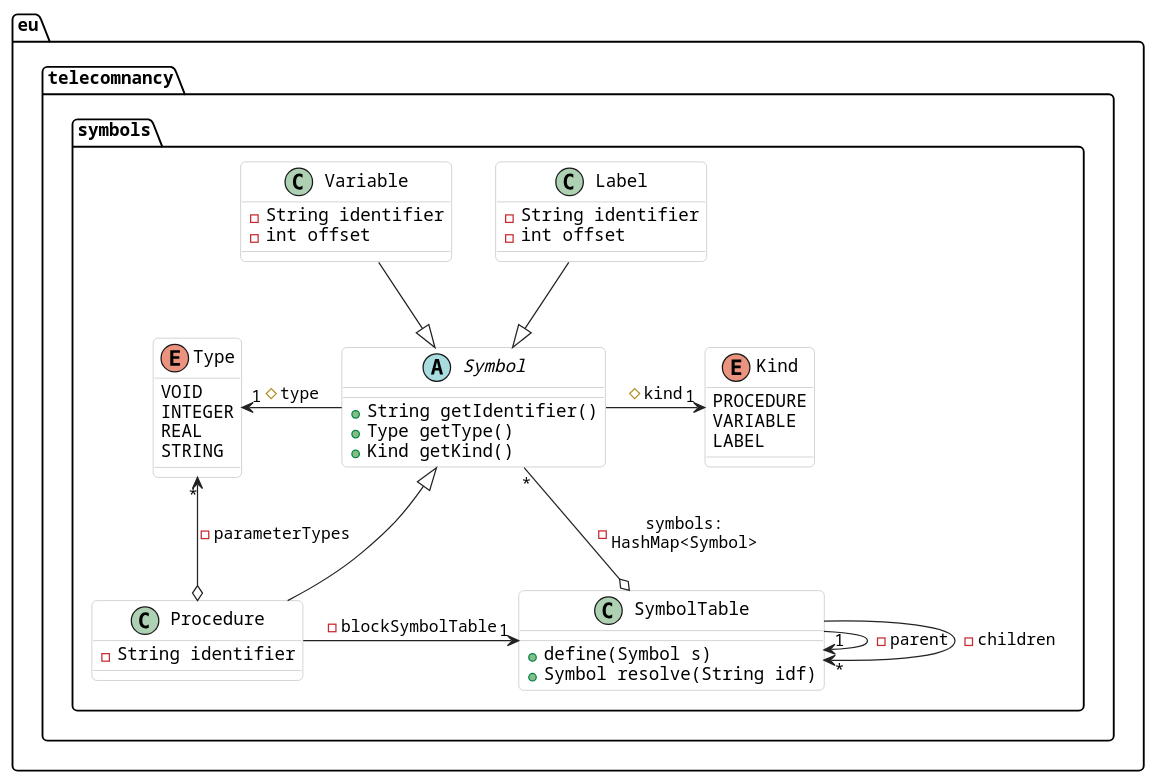
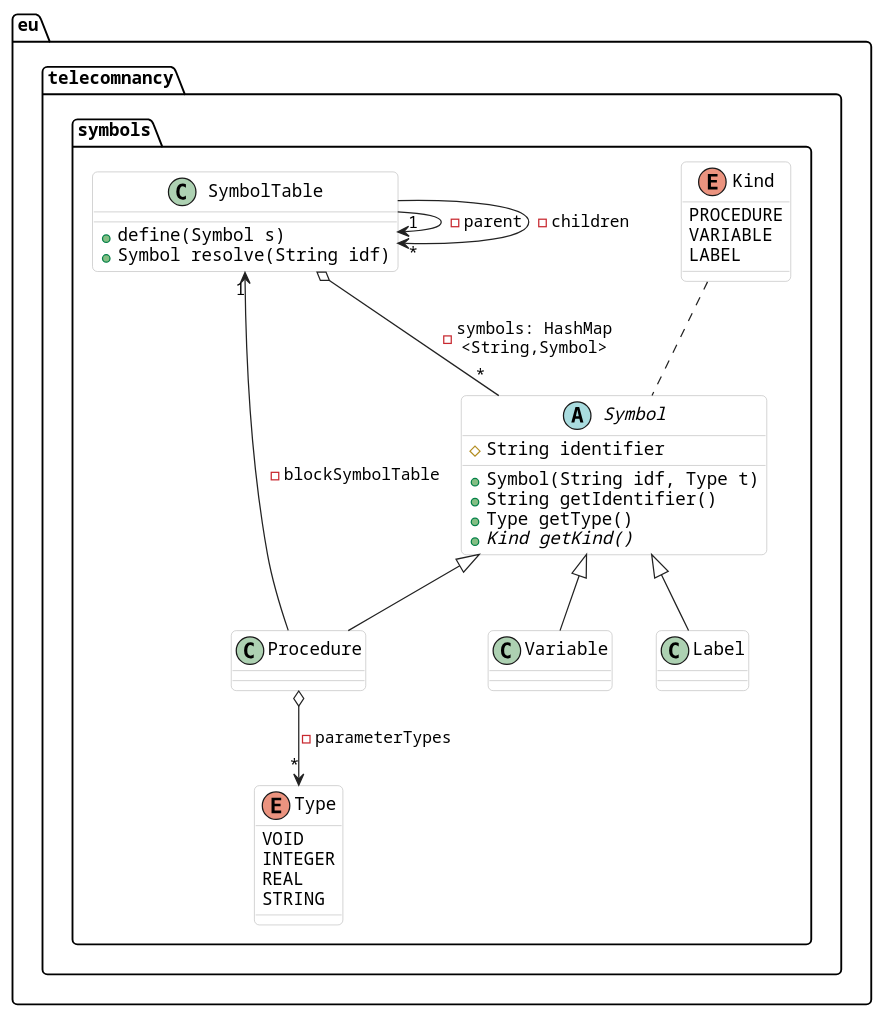
One commit to lobertrand/algol60-compiler changed the diagram in doc/diagrams/symbol_table.puml. Above: the diagram before and after it, drawn with PlantUML. The commit also changed 3 other files, not shown here.

Commit message:
Précision sur le diagramme de classe

```diff
--- a/doc/diagrams/symbol_table.puml
+++ b/doc/diagrams/symbol_table.puml
@@ -1,63 +1,54 @@
 @startuml symbol_table
 
 skinparam Shadowing false
 skinparam ArrowColor #222
 skinparam ClassBorderColor #bbb
 skinparam ClassBackgroundColor white
 skinparam DefaultFontName Liberation Mono
 skinparam RoundCorner 8
 
 package eu.telecomnancy.symbols {
 
 class SymbolTable {
     + define(Symbol s)
     + Symbol resolve(String idf)
 }
-SymbolTable o-- "*" Symbol: - symbols:\nHashMap<Symbol>
+SymbolTable o-- "*" Symbol: - symbols: HashMap\n<String,Symbol>
 SymbolTable --> "1" SymbolTable: - parent
 SymbolTable --> "*" SymbolTable: - children
 
 abstract class Symbol {
+    # String identifier
+    + Symbol(String idf, Type t)
     + String getIdentifier()
     + Type getType()
-    + Kind getKind()
+    + {abstract} Kind getKind()
 }
-Symbol <|-up- Variable
+Symbol <|-- Variable
 Symbol <|-- Procedure
-Symbol <|-up- Label
-Symbol -right-> "1" Kind: # kind
-Symbol -left-> "1" Type: # type
+Symbol <|-- Label
 
-class Variable {
-    - String identifier
-    - int offset
-}
-
-class Procedure {
-    - String identifier
-}
-Procedure -right-> "1" SymbolTable: - blockSymbolTable
-Procedure o-left-> "*" Type: - parameterTypes
-
-class Label {
-    - String identifier
-    - int offset
-}
+class Label
+class Variable
+class Procedure
+Procedure --> "1" SymbolTable: - blockSymbolTable
+Procedure o--> "*" Type: - parameterTypes
 
 enum Kind {
     PROCEDURE
     VARIABLE
     LABEL
 }
+Kind .. Symbol
 
 enum Type {
     VOID
     INTEGER
     REAL
     STRING
 }
 
 }
 ' package end
 
 @enduml
```
